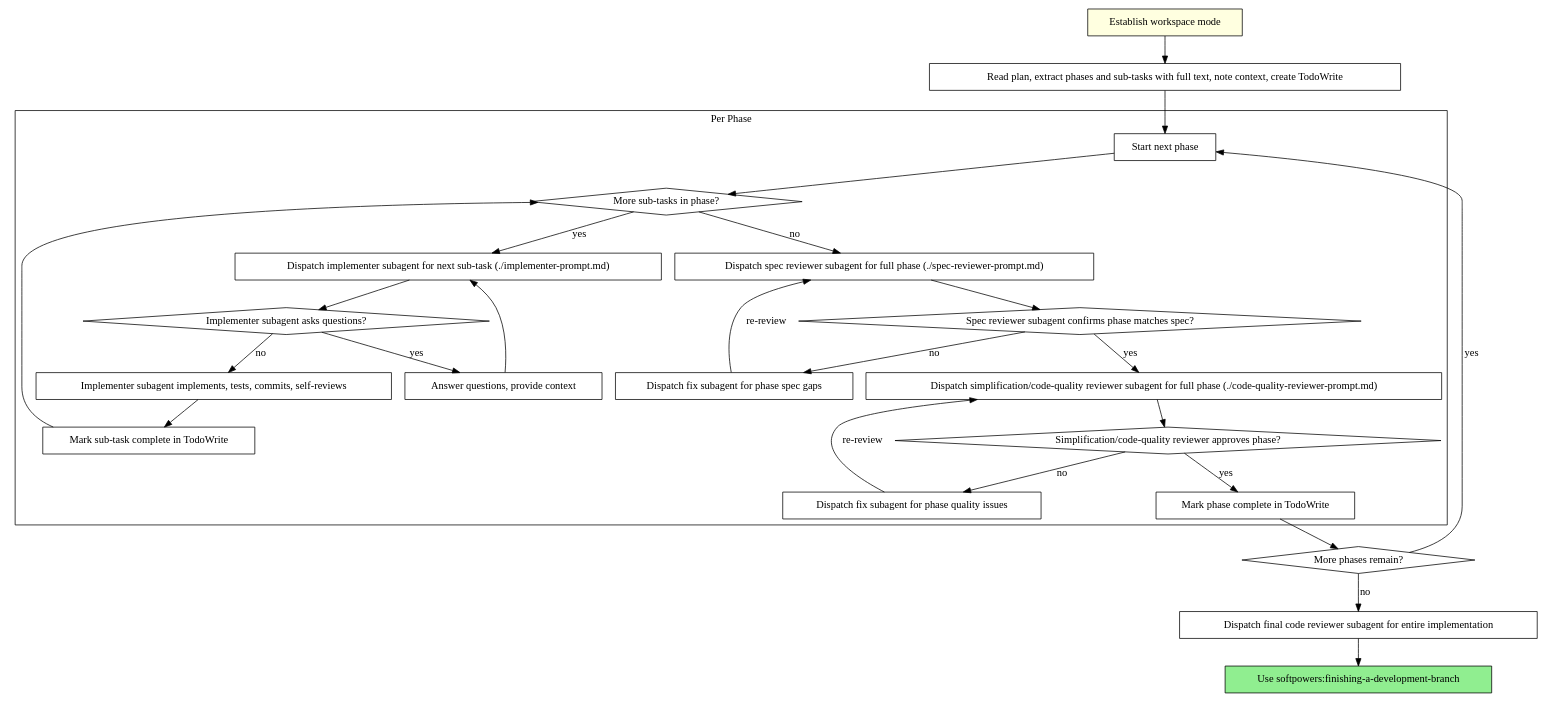
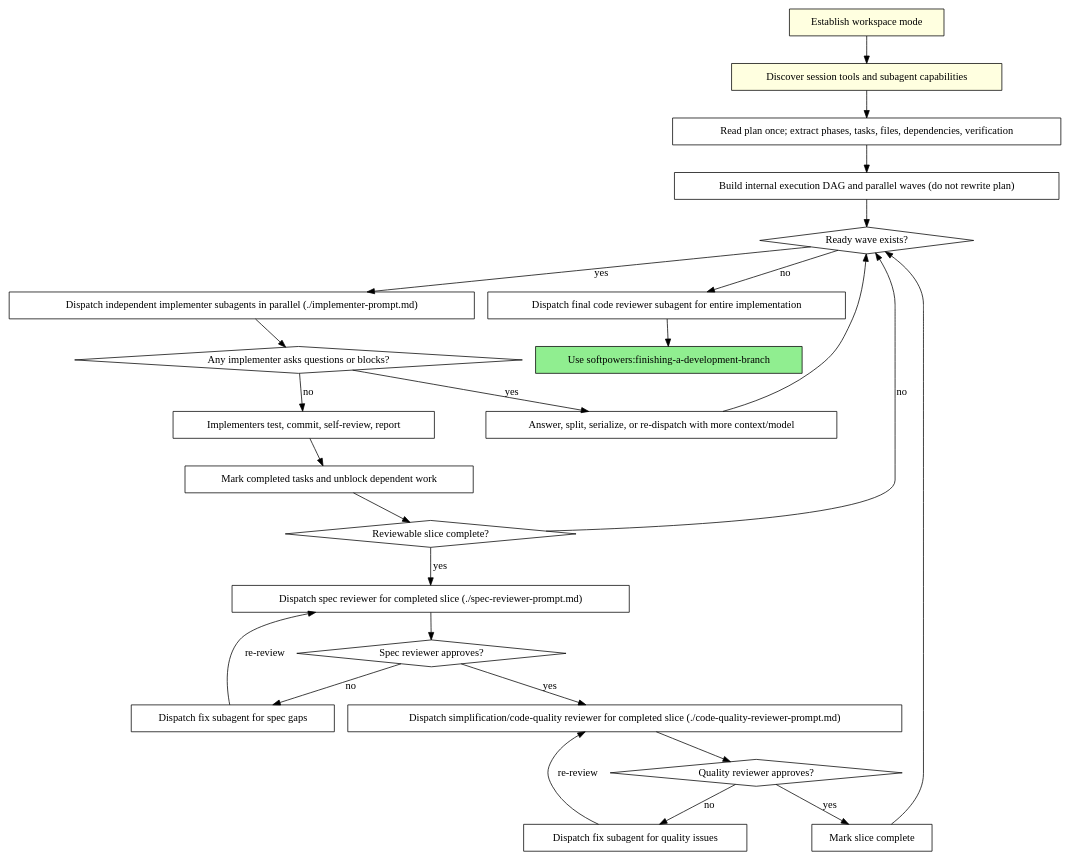
Before and after one commit to bnema/softpowers: the second of 2 diagrams in skills/subagent-driven-development/SKILL.md, drawn with Graphviz. The commit also changed other lines of this file and 9 other files, not shown here.

````diff
--- a/skills/subagent-driven-development/SKILL.md
+++ b/skills/subagent-driven-development/SKILL.md
@@ -45,53 +47,51 @@
 ```dot
 digraph process {
     rankdir=TB;
 
-    subgraph cluster_phase {
-        label="Per Phase";
-        "Start next phase" [shape=box];
-        "More sub-tasks in phase?" [shape=diamond];
-        "Dispatch implementer subagent for next sub-task (./implementer-prompt.md)" [shape=box];
-        "Implementer subagent asks questions?" [shape=diamond];
-        "Answer questions, provide context" [shape=box];
-        "Implementer subagent implements, tests, commits, self-reviews" [shape=box];
-        "Mark sub-task complete in TodoWrite" [shape=box];
-        "Dispatch spec reviewer subagent for full phase (./spec-reviewer-prompt.md)" [shape=box];
-        "Spec reviewer subagent confirms phase matches spec?" [shape=diamond];
-        "Dispatch fix subagent for phase spec gaps" [shape=box];
-        "Dispatch simplification/code-quality reviewer subagent for full phase (./code-quality-reviewer-prompt.md)" [shape=box];
-        "Simplification/code-quality reviewer approves phase?" [shape=diamond];
-        "Dispatch fix subagent for phase quality issues" [shape=box];
-        "Mark phase complete in TodoWrite" [shape=box];
-    }
-
     "Establish workspace mode" [shape=box style=filled fillcolor=lightyellow];
-    "Read plan, extract phases and sub-tasks with full text, note context, create TodoWrite" [shape=box];
-    "More phases remain?" [shape=diamond];
+    "Discover session tools and subagent capabilities" [shape=box style=filled fillcolor=lightyellow];
+    "Read plan once; extract phases, tasks, files, dependencies, verification" [shape=box];
+    "Build internal execution DAG and parallel waves (do not rewrite plan)" [shape=box];
+    "Ready wave exists?" [shape=diamond];
+    "Dispatch independent implementer subagents in parallel (./implementer-prompt.md)" [shape=box];
+    "Any implementer asks questions or blocks?" [shape=diamond];
+    "Answer, split, serialize, or re-dispatch with more context/model" [shape=box];
+    "Implementers test, commit, self-review, report" [shape=box];
+    "Mark completed tasks and unblock dependent work" [shape=box];
+    "Reviewable slice complete?" [shape=diamond];
+    "Dispatch spec reviewer for completed slice (./spec-reviewer-prompt.md)" [shape=box];
+    "Spec reviewer approves?" [shape=diamond];
+    "Dispatch fix subagent for spec gaps" [shape=box];
+    "Dispatch simplification/code-quality reviewer for completed slice (./code-quality-reviewer-prompt.md)" [shape=box];
+    "Quality reviewer approves?" [shape=diamond];
+    "Dispatch fix subagent for quality issues" [shape=box];
+    "Mark slice complete" [shape=box];
     "Dispatch final code reviewer subagent for entire implementation" [shape=box];
     "Use softpowers:finishing-a-development-branch" [shape=box style=filled fillcolor=lightgreen];
 
-    "Establish workspace mode" -> "Read plan, extract phases and sub-tasks with full text, note context, create TodoWrite";
-    "Read plan, extract phases and sub-tasks with full text, note context, create TodoWrite" -> "Start next phase";
-    "Start next phase" -> "More sub-tasks in phase?";
-    "More sub-tasks in phase?" -> "Dispatch implementer subagent for next sub-task (./implementer-prompt.md)" [label="yes"];
-    "Dispatch implementer subagent for next sub-task (./implementer-prompt.md)" -> "Implementer subagent asks questions?";
-    "Implementer subagent asks questions?" -> "Answer questions, provide context" [label="yes"];
-    "Answer questions, provide context" -> "Dispatch implementer subagent for next sub-task (./implementer-prompt.md)";
-    "Implementer subagent asks questions?" -> "Implementer subagent implements, tests, commits, self-reviews" [label="no"];
-    "Implementer subagent implements, tests, commits, self-reviews" -> "Mark sub-task complete in TodoWrite";
-    "Mark sub-task complete in TodoWrite" -> "More sub-tasks in phase?";
-    "More sub-tasks in phase?" -> "Dispatch spec reviewer subagent for full phase (./spec-reviewer-prompt.md)" [label="no"];
-    "Dispatch spec reviewer subagent for full phase (./spec-reviewer-prompt.md)" -> "Spec reviewer subagent confirms phase matches spec?";
-    "Spec reviewer subagent confirms phase matches spec?" -> "Dispatch fix subagent for phase spec gaps" [label="no"];
-    "Dispatch fix subagent for phase spec gaps" -> "Dispatch spec reviewer subagent for full phase (./spec-reviewer-prompt.md)" [label="re-review"];
-    "Spec reviewer subagent confirms phase matches spec?" -> "Dispatch simplification/code-quality reviewer subagent for full phase (./code-quality-reviewer-prompt.md)" [label="yes"];
-    "Dispatch simplification/code-quality reviewer subagent for full phase (./code-quality-reviewer-prompt.md)" -> "Simplification/code-quality reviewer approves phase?";
-    "Simplification/code-quality reviewer approves phase?" -> "Dispatch fix subagent for phase quality issues" [label="no"];
-    "Dispatch fix subagent for phase quality issues" -> "Dispatch simplification/code-quality reviewer subagent for full phase (./code-quality-reviewer-prompt.md)" [label="re-review"];
-    "Simplification/code-quality reviewer approves phase?" -> "Mark phase complete in TodoWrite" [label="yes"];
-    "Mark phase complete in TodoWrite" -> "More phases remain?";
-    "More phases remain?" -> "Start next phase" [label="yes"];
-    "More phases remain?" -> "Dispatch final code reviewer subagent for entire implementation" [label="no"];
+    "Establish workspace mode" -> "Discover session tools and subagent capabilities";
+    "Discover session tools and subagent capabilities" -> "Read plan once; extract phases, tasks, files, dependencies, verification";
+    "Read plan once; extract phases, tasks, files, dependencies, verification" -> "Build internal execution DAG and parallel waves (do not rewrite plan)";
+    "Build internal execution DAG and parallel waves (do not rewrite plan)" -> "Ready wave exists?";
+    "Ready wave exists?" -> "Dispatch independent implementer subagents in parallel (./implementer-prompt.md)" [label="yes"];
+    "Dispatch independent implementer subagents in parallel (./implementer-prompt.md)" -> "Any implementer asks questions or blocks?";
+    "Any implementer asks questions or blocks?" -> "Answer, split, serialize, or re-dispatch with more context/model" [label="yes"];
+    "Answer, split, serialize, or re-dispatch with more context/model" -> "Ready wave exists?";
+    "Any implementer asks questions or blocks?" -> "Implementers test, commit, self-review, report" [label="no"];
+    "Implementers test, commit, self-review, report" -> "Mark completed tasks and unblock dependent work";
+    "Mark completed tasks and unblock dependent work" -> "Reviewable slice complete?";
+    "Reviewable slice complete?" -> "Dispatch spec reviewer for completed slice (./spec-reviewer-prompt.md)" [label="yes"];
+    "Reviewable slice complete?" -> "Ready wave exists?" [label="no"];
+    "Dispatch spec reviewer for completed slice (./spec-reviewer-prompt.md)" -> "Spec reviewer approves?";
+    "Spec reviewer approves?" -> "Dispatch fix subagent for spec gaps" [label="no"];
+    "Dispatch fix subagent for spec gaps" -> "Dispatch spec reviewer for completed slice (./spec-reviewer-prompt.md)" [label="re-review"];
+    "Spec reviewer approves?" -> "Dispatch simplification/code-quality reviewer for completed slice (./code-quality-reviewer-prompt.md)" [label="yes"];
+    "Dispatch simplification/code-quality reviewer for completed slice (./code-quality-reviewer-prompt.md)" -> "Quality reviewer approves?";
+    "Quality reviewer approves?" -> "Dispatch fix subagent for quality issues" [label="no"];
+    "Dispatch fix subagent for quality issues" -> "Dispatch simplification/code-quality reviewer for completed slice (./code-quality-reviewer-prompt.md)" [label="re-review"];
+    "Quality reviewer approves?" -> "Mark slice complete" [label="yes"];
+    "Mark slice complete" -> "Ready wave exists?";
+    "Ready wave exists?" -> "Dispatch final code reviewer subagent for entire implementation" [label="no"];
     "Dispatch final code reviewer subagent for entire implementation" -> "Use softpowers:finishing-a-development-branch";
 }
 ```
````
